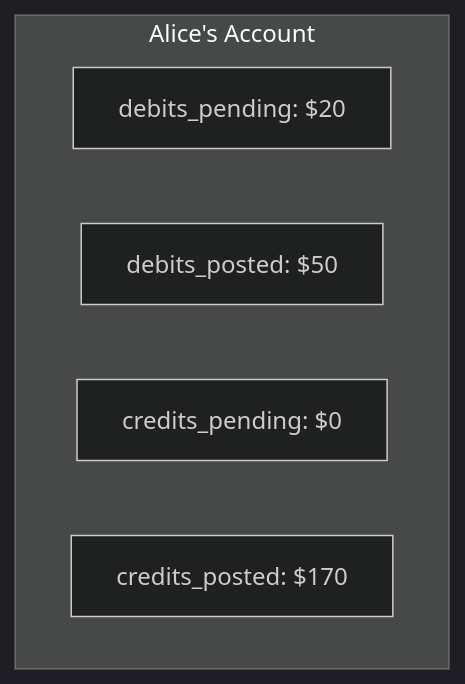
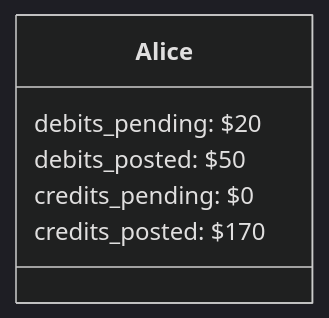
One commit to logan272/blog changed the second of 14 diagrams in content/posts/tigerbeetle/index.md. Above: the diagram before and after it, drawn with Mermaid (dark theme). The commit also changed other lines of this file, not shown here.

````diff
--- a/content/posts/tigerbeetle/index.md
+++ b/content/posts/tigerbeetle/index.md
@@ -62,9 +62,9 @@
 ```mermaid
-graph TB
-    subgraph "Alice's Account"
-        DP["debits_pending: $20"]
-        DPo["debits_posted: $50"]
-        CP["credits_pending: $0"]
-        CPo["credits_posted: $170"]
-    end
+classDiagram
+    class Alice {
+        debits_pending: $20
+        debits_posted: $50
+        credits_pending: $0
+        credits_posted: $170
+    }
 ```
````
